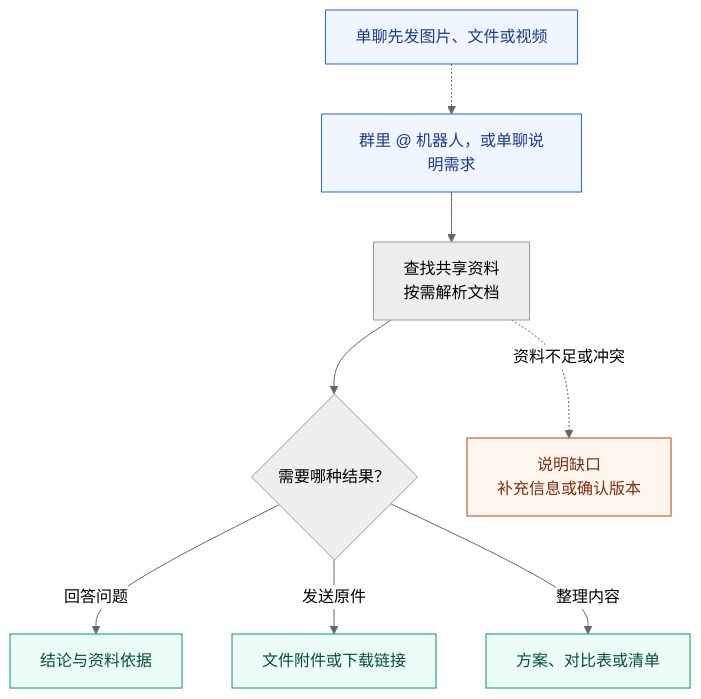
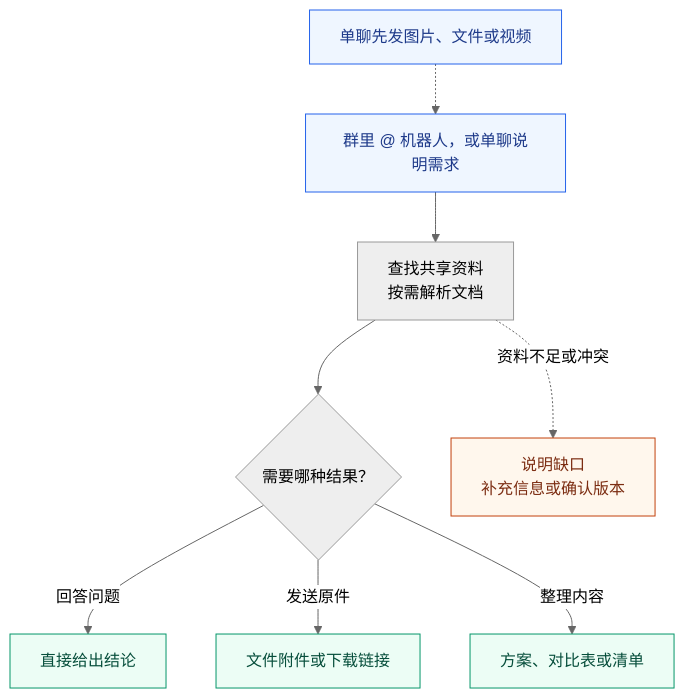
Before and after one commit to jaykwok/mixin-bot: the diagram in README.md, drawn with Mermaid (neutral theme). The commit also changed other lines of this file and 22 other files, not shown here.

````diff
--- a/README.md
+++ b/README.md
@@ -38,17 +38,17 @@
 ```mermaid
 flowchart TD
   U["群里 @ 机器人，或单聊说明需求"] --> S["查找共享资料<br/>按需解析文档"]
   P["单聊先发图片、文件或视频"] -.-> U
   S --> D{"需要哪种结果？"}
-  D -->|回答问题| A["结论与资料依据"]
+  D -->|回答问题| A["直接给出结论"]
   D -->|发送原件| F["文件附件或下载链接"]
   D -->|整理内容| G["方案、对比表或清单"]
   S -.->|资料不足或冲突| C["说明缺口<br/>补充信息或确认版本"]
 
   classDef input fill:#eff6ff,stroke:#2563eb,color:#1e3a8a
   classDef result fill:#ecfdf5,stroke:#059669,color:#064e3b
   classDef notice fill:#fff7ed,stroke:#c2410c,color:#7c2d12
   class U,P input
   class A,F,G result
   class C notice
 ```
````
